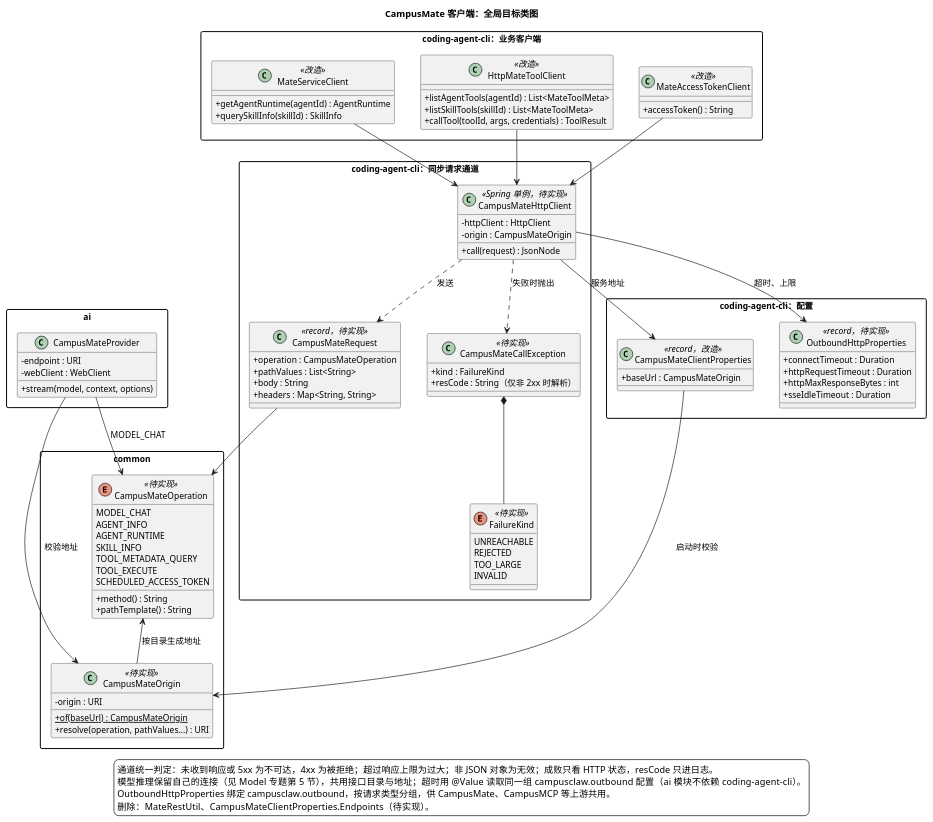
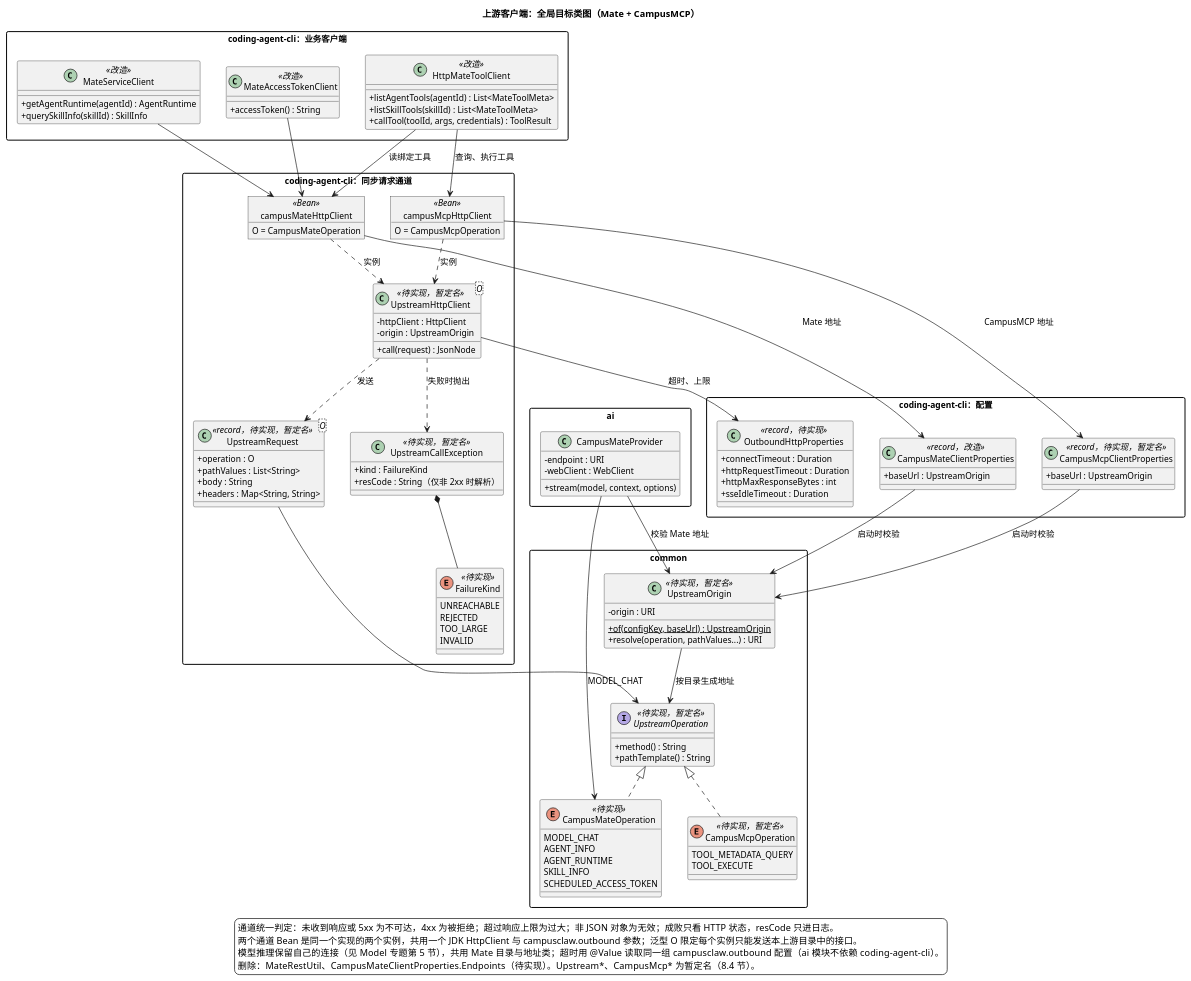
One commit to ssm0808/pi-mono-java-design changed the third of 4 diagrams in 02-服务与接口/02-CampusMate共享客户端配置/diagram.puml. Above: the diagram before and after it, drawn with PlantUML. The commit also changed other lines of this file and 5 other files, not shown here.

First line of the commit message:
新增上游 CampusMCP：工具查询与执行改走 /mcp-service，目录按上游拆分

```diff
--- a/02-服务与接口/02-CampusMate共享客户端配置/diagram.puml
+++ b/02-服务与接口/02-CampusMate共享客户端配置/diagram.puml
@@ -119,116 +121,137 @@
 @startuml campusmate_client_target_classes
 ' Java 基线：628dca25a694d9d056b15f012e1223d68091ab66；2026-10-21 拉取 main。
 ' 源码：modules/coding-agent-cli/src/main/java/com/campusclaw/codingagent/config/CampusMateClientProperties.java Endpoints（待删除）。
 ' 源码：modules/coding-agent-cli/src/main/java/com/campusclaw/codingagent/common/util/MateRestUtil.java（待删除）。
 ' 源码：modules/coding-agent-cli/src/main/java/com/campusclaw/codingagent/runtime/MateServiceClient.java send（迁入通道）。
 ' 源码：modules/ai/src/main/java/com/campusclaw/ai/provider/mate/CampusMateProvider.java validateChatPath（待删除）。
-' 目标：待实现；接口目录与地址放 common，同步请求通道放 coding-agent-cli，三个业务客户端只依赖通道。
+' 目标：待实现；每个上游一份接口目录，地址类放 common；同步请求通道放 coding-agent-cli，一个实现、每个上游一个实例。
 ' 依赖方向：common <- ai <- agent-core <- coding-agent-cli；ai 不依赖 coding-agent-cli，所以目录必须在 common。
 ' 基线：Codex Provider + EndpointSession；Anthropic Java SDK ClientOptions + 各 Service。
-title CampusMate 客户端：全局目标类图
+' 命名：Upstream*、CampusMcp* 为暂定名，见设计文档 8.4 节。
+title 上游客户端：全局目标类图（Mate + CampusMCP）
 skinparam backgroundColor white
 skinparam defaultFontSize 13
 skinparam classAttributeIconSize 0
 skinparam packageStyle rectangle
 skinparam nodesep 40
 skinparam ranksep 50
 
 package "common" as CommonPkg {
+  interface UpstreamOperation <<待实现，暂定名>> {
+    + method() : String
+    + pathTemplate() : String
+  }
   enum CampusMateOperation <<待实现>> {
     MODEL_CHAT
     AGENT_INFO
     AGENT_RUNTIME
     SKILL_INFO
+    SCHEDULED_ACCESS_TOKEN
+  }
+  enum CampusMcpOperation <<待实现，暂定名>> {
     TOOL_METADATA_QUERY
     TOOL_EXECUTE
-    SCHEDULED_ACCESS_TOKEN
-    + method() : String
-    + pathTemplate() : String
   }
-  class CampusMateOrigin <<待实现>> {
+  class UpstreamOrigin <<待实现，暂定名>> {
     - origin : URI
-    + {static} of(baseUrl) : CampusMateOrigin
+    + {static} of(configKey, baseUrl) : UpstreamOrigin
     + resolve(operation, pathValues...) : URI
   }
 }
 
 package "ai" as AiPkg {
   class CampusMateProvider {
     - endpoint : URI
     - webClient : WebClient
     + stream(model, context, options)
   }
 }
 
 package "coding-agent-cli：配置" as ConfigPkg {
   class CampusMateClientProperties <<record，改造>> {
-    + baseUrl : CampusMateOrigin
+    + baseUrl : UpstreamOrigin
+  }
+  class CampusMcpClientProperties <<record，待实现，暂定名>> {
+    + baseUrl : UpstreamOrigin
   }
   class "OutboundHttpProperties" as HttpOptions <<record，待实现>> {
     + connectTimeout : Duration
     + httpRequestTimeout : Duration
     + httpMaxResponseBytes : int
     + sseIdleTimeout : Duration
   }
 }
 
 package "coding-agent-cli：同步请求通道" as ChannelPkg {
-  class CampusMateHttpClient <<Spring 单例，待实现>> {
+  class "UpstreamHttpClient<O>" as Channel <<待实现，暂定名>> {
     - httpClient : HttpClient
-    - origin : CampusMateOrigin
+    - origin : UpstreamOrigin
     + call(request) : JsonNode
   }
-  class CampusMateRequest <<record，待实现>> {
-    + operation : CampusMateOperation
+  object "campusMateHttpClient" as MateChannel <<Bean>> {
+    O = CampusMateOperation
+  }
+  object "campusMcpHttpClient" as McpChannel <<Bean>> {
+    O = CampusMcpOperation
+  }
+  class "UpstreamRequest<O>" as Request <<record，待实现，暂定名>> {
+    + operation : O
     + pathValues : List<String>
     + body : String
     + headers : Map<String, String>
   }
-  class CampusMateCallException <<待实现>> {
+  class UpstreamCallException <<待实现，暂定名>> {
     + kind : FailureKind
     + resCode : String（仅非 2xx 时解析）
   }
   enum FailureKind <<待实现>> {
     UNREACHABLE
     REJECTED
     TOO_LARGE
     INVALID
   }
 }
 
 package "coding-agent-cli：业务客户端" as ClientPkg {
   class MateServiceClient <<改造>> {
     + getAgentRuntime(agentId) : AgentRuntime
     + querySkillInfo(skillId) : SkillInfo
   }
   class HttpMateToolClient <<改造>> {
     + listAgentTools(agentId) : List<MateToolMeta>
     + listSkillTools(skillId) : List<MateToolMeta>
     + callTool(toolId, args, credentials) : ToolResult
   }
   class MateAccessTokenClient <<改造>> {
     + accessToken() : String
   }
 }
 
-CampusMateOperation <-- CampusMateOrigin : 按目录生成地址
-CampusMateProvider --> CampusMateOrigin : 校验地址
+UpstreamOperation <|.. CampusMateOperation
+UpstreamOperation <|.. CampusMcpOperation
+UpstreamOrigin --> UpstreamOperation : 按目录生成地址
+CampusMateProvider --> UpstreamOrigin : 校验 Mate 地址
 CampusMateProvider --> CampusMateOperation : MODEL_CHAT
-CampusMateClientProperties --> CampusMateOrigin : 启动时校验
-CampusMateHttpClient --> CampusMateClientProperties : 服务地址
-CampusMateHttpClient --> HttpOptions : 超时、上限
-CampusMateHttpClient ..> CampusMateRequest : 发送
-CampusMateHttpClient ..> CampusMateCallException : 失败时抛出
-CampusMateCallException *-- FailureKind
-CampusMateRequest --> CampusMateOperation
-MateServiceClient --> CampusMateHttpClient
-HttpMateToolClient --> CampusMateHttpClient
-MateAccessTokenClient --> CampusMateHttpClient
+CampusMateClientProperties --> UpstreamOrigin : 启动时校验
+CampusMcpClientProperties --> UpstreamOrigin : 启动时校验
+Channel --> HttpOptions : 超时、上限
+Channel ..> Request : 发送
+Channel ..> UpstreamCallException : 失败时抛出
+UpstreamCallException *-- FailureKind
+Request --> UpstreamOperation
+MateChannel ..> Channel : 实例
+McpChannel ..> Channel : 实例
+MateChannel --> CampusMateClientProperties : Mate 地址
+McpChannel --> CampusMcpClientProperties : CampusMCP 地址
+MateServiceClient --> MateChannel
+HttpMateToolClient --> MateChannel : 读绑定工具
+HttpMateToolClient --> McpChannel : 查询、执行工具
+MateAccessTokenClient --> MateChannel
 
 legend bottom
   通道统一判定：未收到响应或 5xx 为不可达，4xx 为被拒绝；超过响应上限为过大；非 JSON 对象为无效；成败只看 HTTP 状态，resCode 只进日志。
-  模型推理保留自己的连接（见 Model 专题第 5 节），共用接口目录与地址；超时用 @Value 读取同一组 campusclaw.outbound 配置（ai 模块不依赖 coding-agent-cli）。
-  OutboundHttpProperties 绑定 campusclaw.outbound，按请求类型分组，供 CampusMate、CampusMCP 等上游共用。
-  删除：MateRestUtil、CampusMateClientProperties.Endpoints（待实现）。
+  两个通道 Bean 是同一个实现的两个实例，共用一个 JDK HttpClient 与 campusclaw.outbound 参数；泛型 O 限定每个实例只能发送本上游目录中的接口。
+  模型推理保留自己的连接（见 Model 专题第 5 节），共用 Mate 目录与地址类；超时用 @Value 读取同一组 campusclaw.outbound 配置（ai 模块不依赖 coding-agent-cli）。
+  删除：MateRestUtil、CampusMateClientProperties.Endpoints（待实现）。Upstream*、CampusMcp* 为暂定名（8.4 节）。
 endlegend
 @enduml
```
